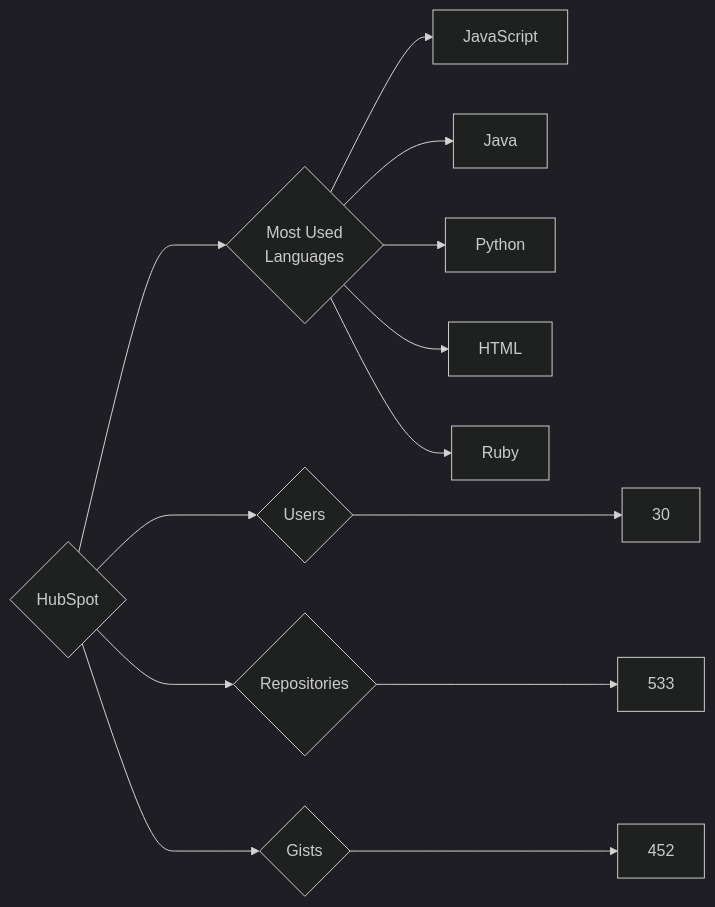
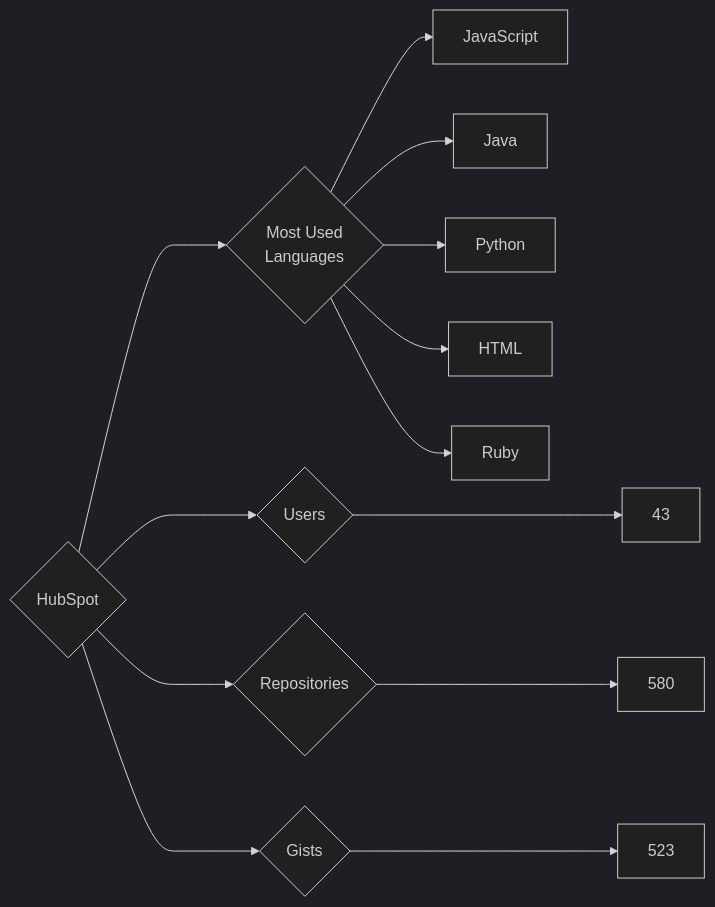
Before and after one commit to trickest/insiders: the diagram in targets/HubSpot/README.md, drawn with Mermaid (dark theme). The commit also changed 629 other files, not shown here.

````diff
--- a/targets/HubSpot/README.md
+++ b/targets/HubSpot/README.md
@@ -3,13 +3,13 @@
 ```mermaid
 graph LR
 COMPANY_NAME{HubSpot}
-COMPANY_NAME ---> U{Users} ---> UN[30]
-COMPANY_NAME ---> R{Repositories} ---> RN[533]
-COMPANY_NAME ---> G{Gists} ---> GN[452]
+COMPANY_NAME ---> U{Users} ---> UN[43]
+COMPANY_NAME ---> R{Repositories} ---> RN[580]
+COMPANY_NAME ---> G{Gists} ---> GN[523]
 COMPANY_NAME ---> ML{Most Used<br>Languages}
 ML --> JavaScript[JavaScript]
 ML --> Java[Java]
 ML --> Python[Python]
 ML --> HTML[HTML]
 ML --> Ruby[Ruby]
 ```
````
